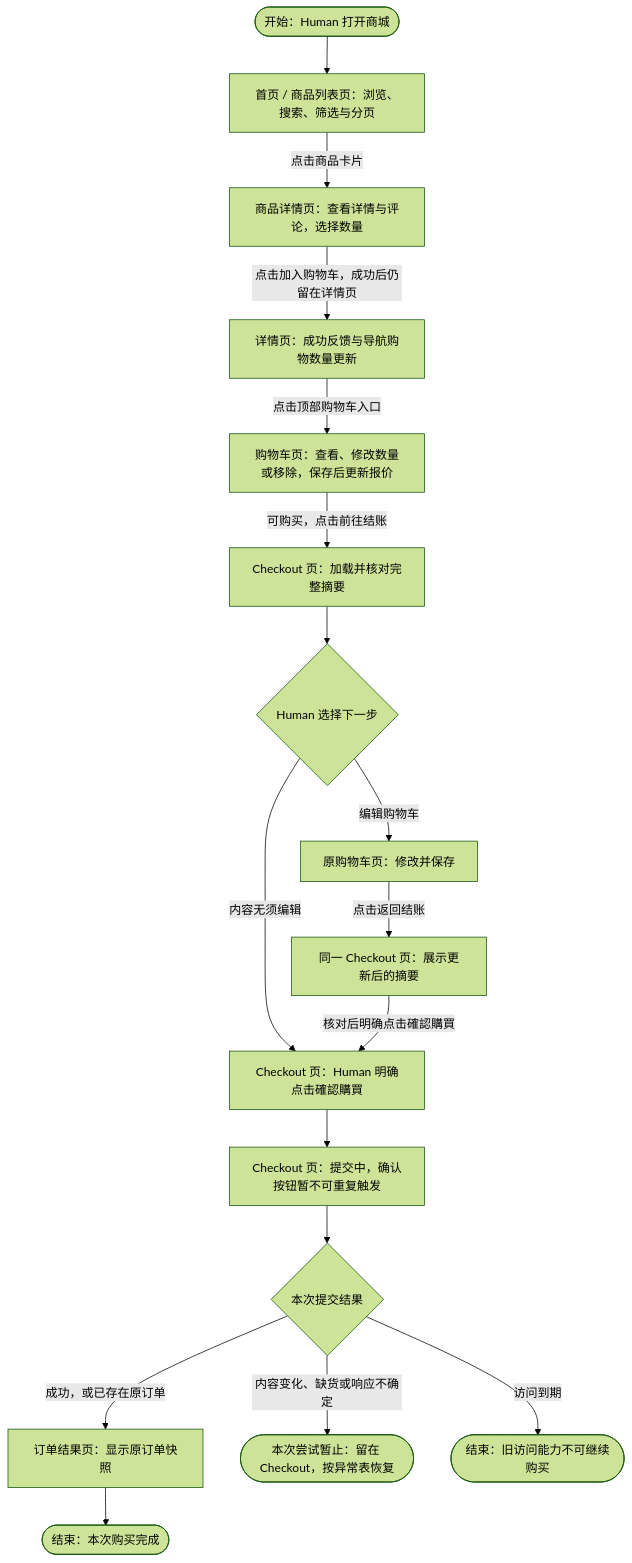
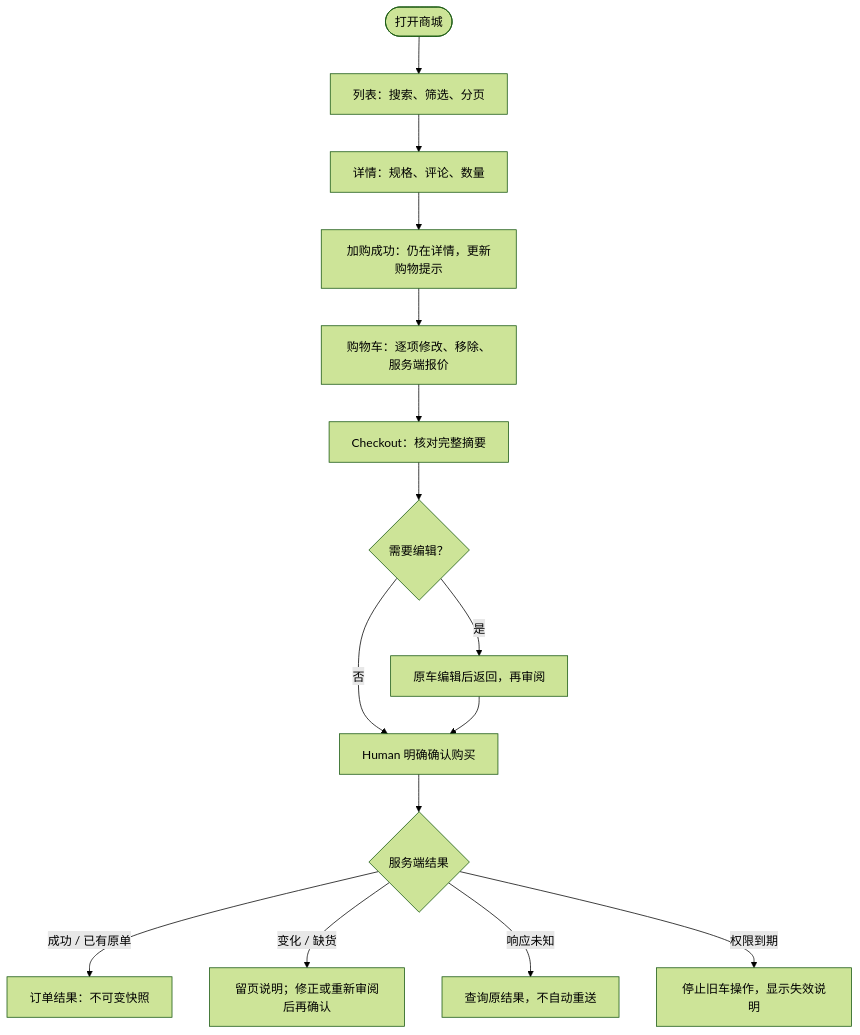
One commit to linshuohao/agent-ready-store changed the third of 9 diagrams in docs/engineering/TECHNICAL_DESIGN.md. Above: the diagram before and after it, drawn with Mermaid (forest theme). The commit also changed other lines of this file, not shown here.

````diff
--- a/docs/engineering/TECHNICAL_DESIGN.md
+++ b/docs/engineering/TECHNICAL_DESIGN.md
@@ -51,19 +117,17 @@
 ```mermaid
 flowchart TB
-    Start([开始：Human 打开商城]) --> List[首页 / 商品列表页：浏览、搜索、筛选与分页]
-    List -->|点击商品卡片| Detail[商品详情页：查看详情与评论，选择数量]
-    Detail -->|点击加入购物车，成功后仍留在详情页| Added[详情页：成功反馈与导航购物数量更新]
-    Added -->|点击顶部购物车入口| Cart[购物车页：查看、修改数量或移除，保存后更新报价]
-    Cart -->|可购买，点击前往结账| Checkout[Checkout 页：加载并核对完整摘要]
-    Checkout --> Choice{Human 选择下一步}
-    Choice -->|编辑购物车| Edit[原购物车页：修改并保存]
-    Edit -->|点击返回结账| Recheck[同一 Checkout 页：展示更新后的摘要]
-    Choice -->|内容无须编辑| Confirm[Checkout 页：Human 明确点击確認購買]
-    Recheck -->|核对后明确点击確認購買| Confirm
-    Confirm --> Pending[Checkout 页：提交中，确认按钮暂不可重复触发]
-    Pending --> Outcome{本次提交结果}
-    Outcome -->|成功，或已存在原订单| Result[订单结果页：显示原订单快照]
-    Result --> Success([结束：本次购买完成])
-    Outcome -->|内容变化、缺货或响应不确定| Stay([本次尝试暂止：留在 Checkout，按异常表恢复])
-    Outcome -->|访问到期| Expired([结束：旧访问能力不可继续购买])
+    Start(["打开商城"]) --> List["列表：搜索、筛选、分页"]
+    List --> Detail["详情：规格、评论、数量"]
+    Detail --> Added["加购成功：仍在详情，更新购物提示"]
+    Added --> Cart["购物车：逐项修改、移除、服务端报价"]
+    Cart --> Checkout["Checkout：核对完整摘要"]
+    Checkout --> Choice{"需要编辑？"}
+    Choice -->|"是"| Edit["原车编辑后返回，再审阅"]
+    Choice -->|"否"| Confirm["Human 明确确认购买"]
+    Edit --> Confirm
+    Confirm --> Result{"服务端结果"}
+    Result -->|"成功 / 已有原单"| Order["订单结果：不可变快照"]
+    Result -->|"变化 / 缺货"| Stop["留页说明；修正或重新审阅后再确认"]
+    Result -->|"响应未知"| Unknown["查询原结果，不自动重送"]
+    Result -->|"权限到期"| Expired["停止旧车操作，显示失效说明"]
 ```
````
